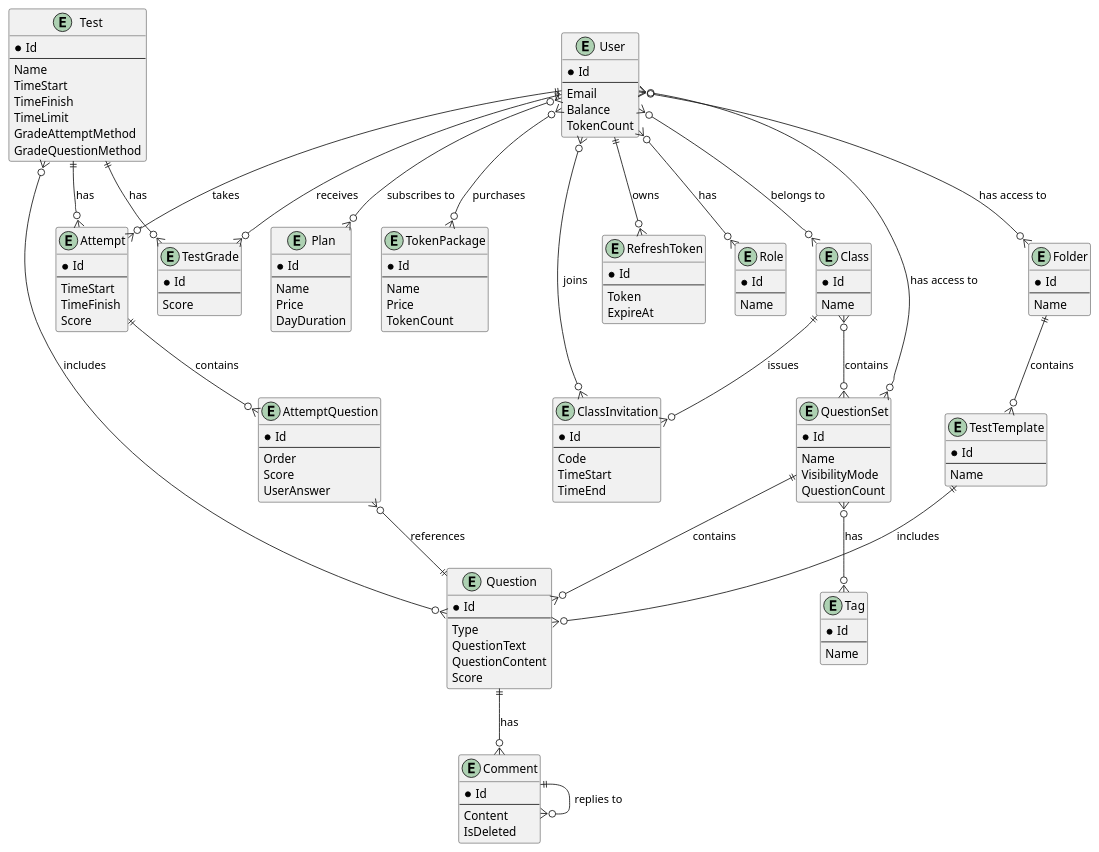
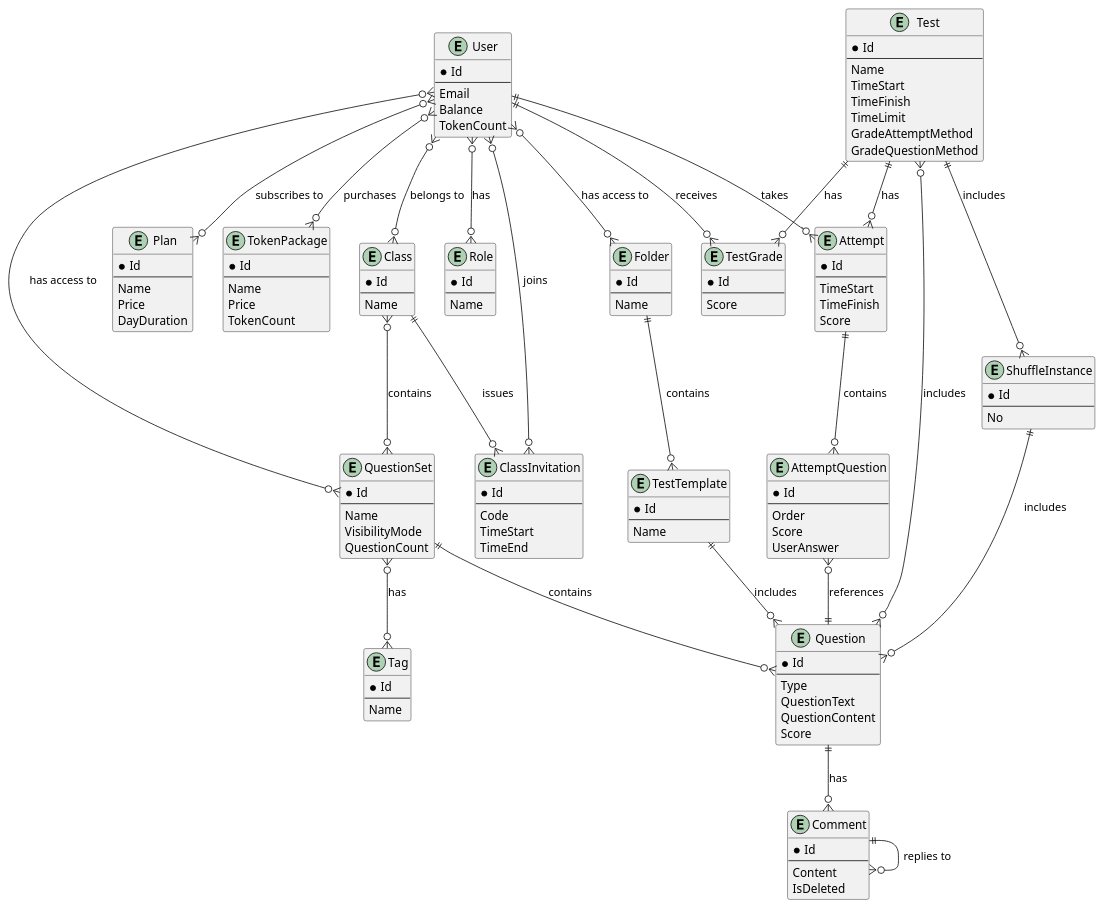
Before and after one commit to thanhkhac/SEP_Diagram: the diagram in erd.puml, drawn with PlantUML.

Commit message:
Update ERD: remove Folder and RefreshToken, add ShuffleInstance
Removed the Folder and RefreshToken entities and their relationships. Added the ShuffleInstance entity and updated relationships to include ShuffleInstance with Test and Question. This streamlines the data model and reflects recent schema changes.

```diff
--- a/erd.puml
+++ b/erd.puml
@@ -1,164 +1,165 @@
 @startuml Logical ERD for AIQuizziz
 
 ' Entities
 entity "User" {
   * Id
   --
   Email
   Balance
   TokenCount
 }
 
 entity "Role" {
   * Id
   --
   Name
 }
 
 entity "Class" {
   * Id
   --
   Name
 }
 
 entity "QuestionSet" {
   * Id
   --
   Name
   VisibilityMode
   QuestionCount
 }
 
 entity "Question" {
   * Id
   --
   Type
   QuestionText
   QuestionContent
   Score
 }
 
 entity "Test" {
   * Id
   --
   Name
   TimeStart
   TimeFinish
   TimeLimit
   GradeAttemptMethod
   GradeQuestionMethod
 }
 
 entity "Attempt" {
   * Id
   --
   TimeStart
   TimeFinish
   Score
 }
 
 entity "AttemptQuestion" {
   * Id
   --
   Order
   Score
   UserAnswer
 }
 
 entity "TestTemplate" {
   * Id
   --
   Name
 }
 
 entity "Folder" {
   * Id
   --
   Name
 }
 
 entity "Plan" {
   * Id
   --
   Name
   Price
   DayDuration
 }
 
 entity "TokenPackage" {
   * Id
   --
   Name
   Price
   TokenCount
 }
 
 entity "Comment" {
   * Id
   --
   Content
   IsDeleted
 }
 
 entity "TestGrade" {
   * Id
   --
   Score
 }
 
 entity "ClassInvitation" {
   * Id
   --
   Code
   TimeStart
   TimeEnd
 }
 
-entity "RefreshToken" {
-  * Id
-  --
-  Token
-  ExpireAt
-}
 
 entity "Tag" {
   * Id
   --
   Name
 }
 
+
+entity "ShuffleInstance" {
+  * Id
+  --
+  No
+}
 
 
 
 
 
 ' Relationships
 User }o--o{ Role : has
 User }o--o{ Class : belongs to
 Class }o--o{ QuestionSet : contains
 QuestionSet ||--o{ Question : contains
 User ||--o{ Attempt : takes
 Test ||--o{ Attempt : has
 Attempt ||--o{ AttemptQuestion : contains
 AttemptQuestion }o--|| Question : references
 Test }o--o{ Question : includes
 TestTemplate ||--o{ Question : includes
 Folder ||--o{ TestTemplate : contains
 User }o--o{ Folder : has access to
+ShuffleInstance ||--o{ Question : includes
+Test ||--o{ ShuffleInstance : includes
 User }o--o{ Plan : subscribes to
 User }o--o{ TokenPackage : purchases
 Question ||--o{ Comment : has
 Comment ||--o{ Comment : replies to
 User ||--o{ TestGrade : receives
 Test ||--o{ TestGrade : has
 Class ||--o{ ClassInvitation : issues
 User }o--o{ ClassInvitation : joins 
-User ||--o{ RefreshToken : owns
 User }o--o{ QuestionSet : has access to
 QuestionSet }o--o{ Tag : has
 
 
 
 
 
 @enduml
```
